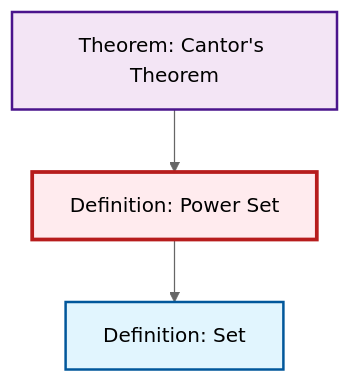
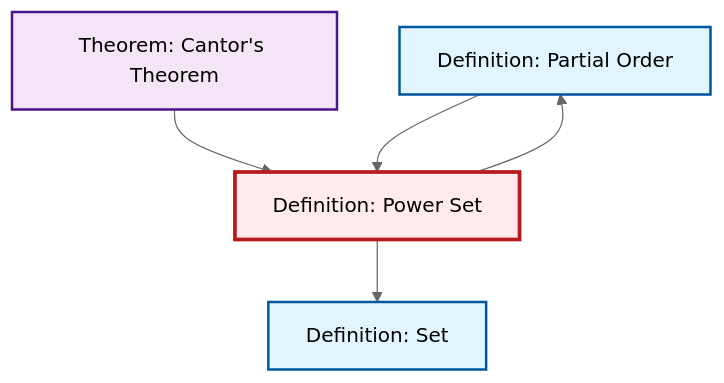
The second of 2 diagrams in content/ja/logic-set-theory/def-power-set.qmd (RK0429/ModernMath), drawn with Mermaid (neutral theme) before and after one commit. The commit also changed other lines of this file and 36 other files, not shown here.

````diff
--- a/content/ja/logic-set-theory/def-power-set.qmd
+++ b/content/ja/logic-set-theory/def-power-set.qmd
@@ -69,17 +70,21 @@
 ```{mermaid}
 %%| fig-cap: "Local dependency graph"
 graph TD
     classDef definition fill:#e1f5fe,stroke:#01579b,stroke-width:2px
     classDef theorem fill:#f3e5f5,stroke:#4a148c,stroke-width:2px
     classDef axiom fill:#fff3e0,stroke:#e65100,stroke-width:2px
     classDef example fill:#e8f5e9,stroke:#1b5e20,stroke-width:2px
     classDef current fill:#ffebee,stroke:#b71c1c,stroke-width:3px
+    def-partial-order["Definition: Partial Order"]:::definition
     def-power-set["Definition: Power Set"]:::definition
     def-set["Definition: Set"]:::definition
     thm-cantor["Theorem: Cantor's Theorem"]:::theorem
     thm-cantor --> def-power-set
+    def-partial-order --> def-power-set
     def-power-set --> def-set
+    def-power-set --> def-partial-order
     class def-power-set current
+    click def-partial-order "def-partial-order.html" "Definition: Partial Orderへ"
     click def-set "def-set.html" "Definition: Setへ"
     click thm-cantor "thm-cantor.html" "Theorem: Cantor's Theoremへ"
 ```
````
